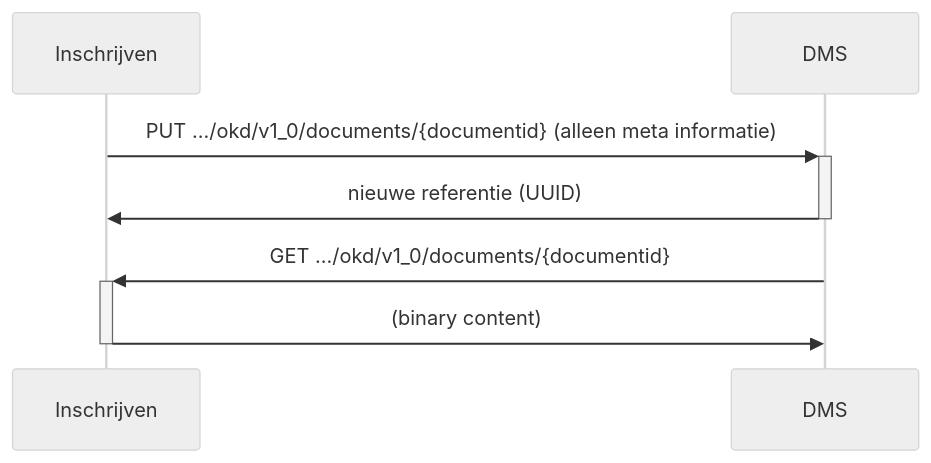
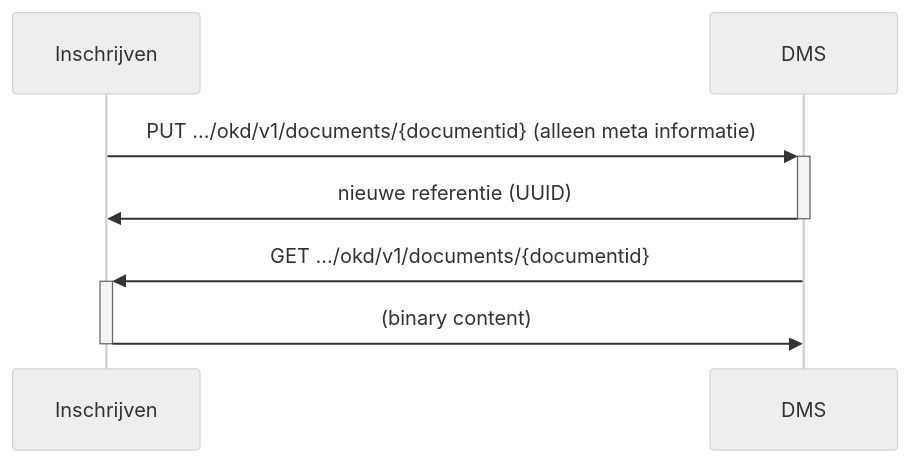
Before and after one commit to Onderwijs-Koppelingen-OKx/OKD-Document-Management: the third of 4 diagrams in doc/flow-1.md, drawn with Mermaid (neutral theme). The commit also changed other lines of this file, not shown here.

Commit message:
Rename v1_0 to v1 for flow-1

````diff
--- a/doc/flow-1.md
+++ b/doc/flow-1.md
@@ -358,13 +358,13 @@
 ```mermaid
 sequenceDiagram
     Participant Inschrijven
     Participant DMS
 
-    Inschrijven->>+DMS:  PUT .../okd/v1_0/documents/{documentid} (alleen meta informatie)
+    Inschrijven->>+DMS:  PUT .../okd/v1/documents/{documentid} (alleen meta informatie)
     DMS->>-Inschrijven: nieuwe referentie (UUID)
-    DMS->>+Inschrijven:  GET .../okd/v1_0/documents/{documentid}
+    DMS->>+Inschrijven:  GET .../okd/v1/documents/{documentid}
     Inschrijven->>-DMS: (binary content)
 
 
 
 ```
````
